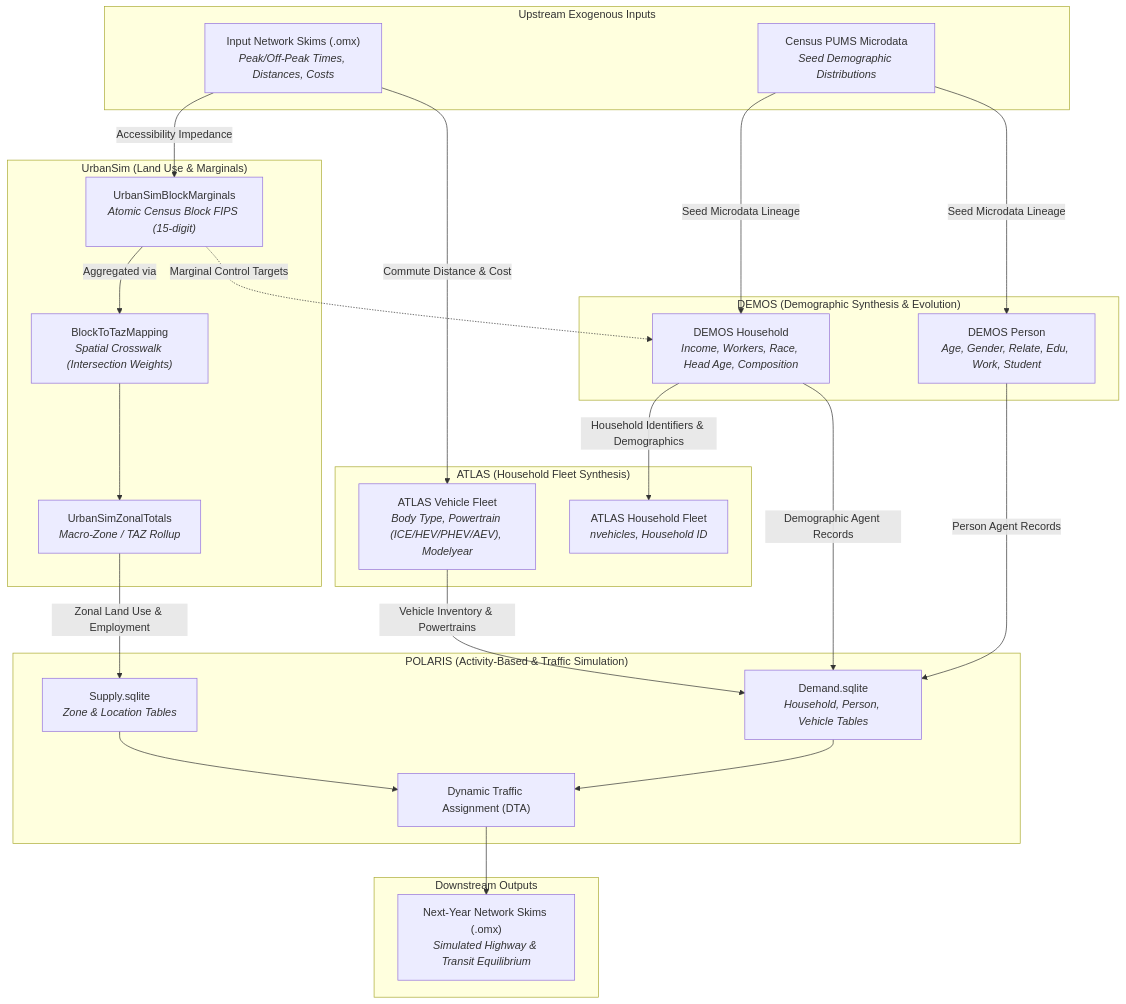
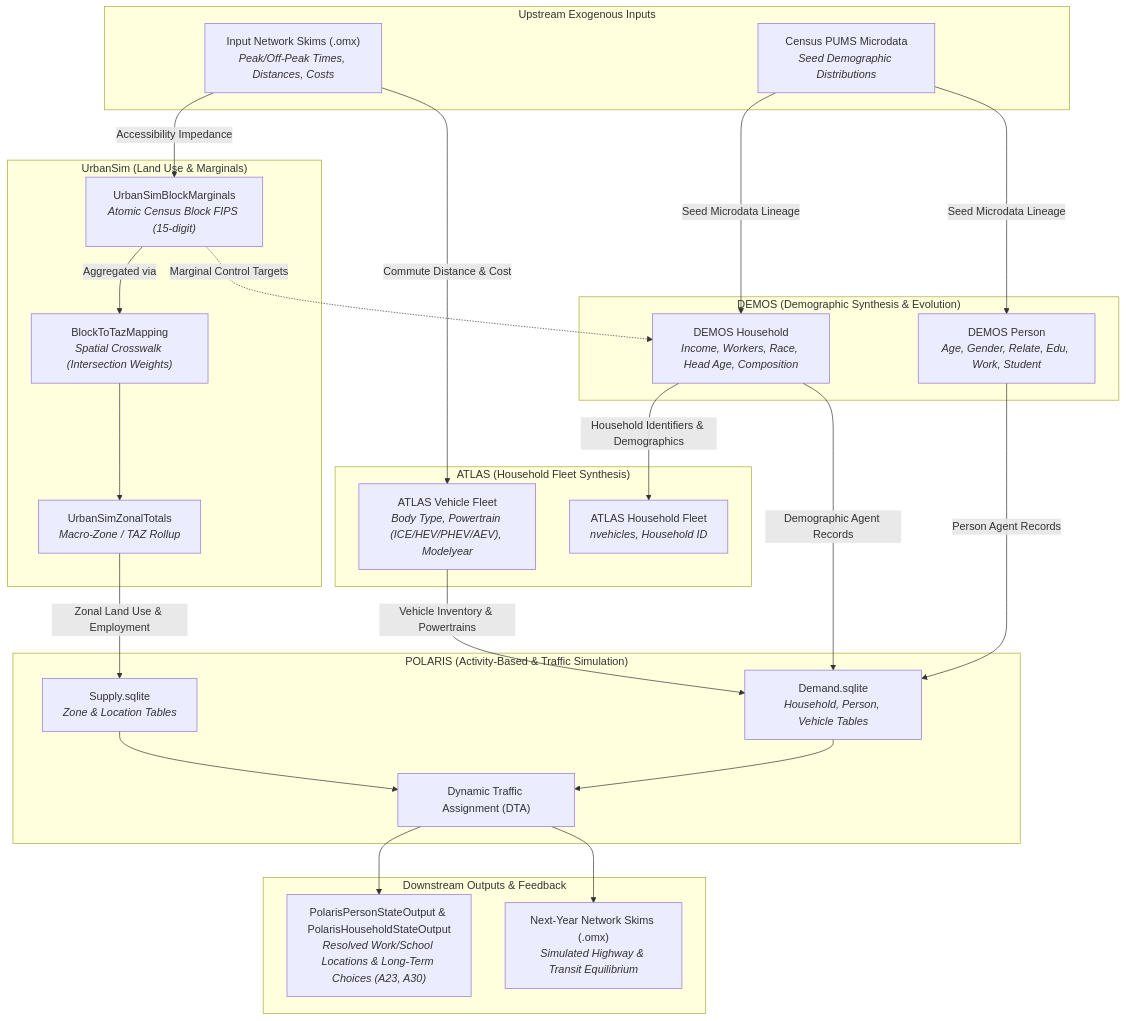
One commit to LBNL-UCB-STI/synergy-schema changed the first of 2 diagrams in src/synergy_schema/schema/mappings/contract_at_a_glance.md. Above: the diagram before and after it, drawn with Mermaid. The commit also changed other lines of this file and 22 other files, not shown here.

Commit message:
feat(schema): upgrade LinkML to 1.12.1, add array skims, default BeamNetworkSkims, and POLARIS state outputs

````diff
--- a/src/synergy_schema/schema/mappings/contract_at_a_glance.md
+++ b/src/synergy_schema/schema/mappings/contract_at_a_glance.md
@@ -11,54 +11,56 @@
 ```mermaid
 flowchart TD
     subgraph Upstream ["Upstream Exogenous Inputs"]
         SkimsIn["Input Network Skims (.omx)<br/><i>Peak/Off-Peak Times, Distances, Costs</i>"]
         PUMS["Census PUMS Microdata<br/><i>Seed Demographic Distributions</i>"]
     end
 
     subgraph UrbanSim_Model ["UrbanSim (Land Use & Marginals)"]
         US_Block["UrbanSimBlockMarginals<br/><i>Atomic Census Block FIPS (15-digit)</i>"]
         US_Map["BlockToTazMapping<br/><i>Spatial Crosswalk (Intersection Weights)</i>"]
         US_Zone["UrbanSimZonalTotals<br/><i>Macro-Zone / TAZ Rollup</i>"]
     end
 
     subgraph DEMOS_Model ["DEMOS (Demographic Synthesis & Evolution)"]
         DEMOS_HH["DEMOS Household<br/><i>Income, Workers, Race, Head Age, Composition</i>"]
         DEMOS_Person["DEMOS Person<br/><i>Age, Gender, Relate, Edu, Work, Student</i>"]
     end
 
     subgraph ATLAS_Model ["ATLAS (Household Fleet Synthesis)"]
         ATLAS_HH["ATLAS Household Fleet<br/><i>nvehicles, Household ID</i>"]
         ATLAS_Veh["ATLAS Vehicle Fleet<br/><i>Body Type, Powertrain (ICE/HEV/PHEV/AEV), Modelyear</i>"]
     end
 
     subgraph POLARIS_Model ["POLARIS (Activity-Based & Traffic Simulation)"]
         POL_Supply["Supply.sqlite<br/><i>Zone & Location Tables</i>"]
         POL_Demand["Demand.sqlite<br/><i>Household, Person, Vehicle Tables</i>"]
         POL_DTA["Dynamic Traffic Assignment (DTA)"]
     end
 
-    subgraph Downstream ["Downstream Outputs"]
+    subgraph Downstream ["Downstream Outputs & Feedback"]
+        POL_StateOut["PolarisPersonStateOutput & PolarisHouseholdStateOutput<br/><i>Resolved Work/School Locations & Long-Term Choices (A23, A30)</i>"]
         SkimsOut["Next-Year Network Skims (.omx)<br/><i>Simulated Highway & Transit Equilibrium</i>"]
     end
 
     %% Data Connections
     SkimsIn -->|Accessibility Impedance| US_Block
     SkimsIn -->|Commute Distance & Cost| ATLAS_Veh
     PUMS -->|Seed Microdata Lineage| DEMOS_HH
     PUMS -->|Seed Microdata Lineage| DEMOS_Person
 
     US_Block -->|Aggregated via| US_Map
     US_Map --> US_Zone
     US_Block -.->|Marginal Control Targets| DEMOS_HH
     US_Zone -->|Zonal Land Use & Employment| POL_Supply
 
     DEMOS_HH -->|Household Identifiers & Demographics| ATLAS_HH
     DEMOS_HH -->|Demographic Agent Records| POL_Demand
     DEMOS_Person -->|Person Agent Records| POL_Demand
 
     ATLAS_Veh -->|Vehicle Inventory & Powertrains| POL_Demand
 
     POL_Supply --> POL_DTA
     POL_Demand --> POL_DTA
+    POL_DTA --> POL_StateOut
     POL_DTA --> SkimsOut
 ```
````
